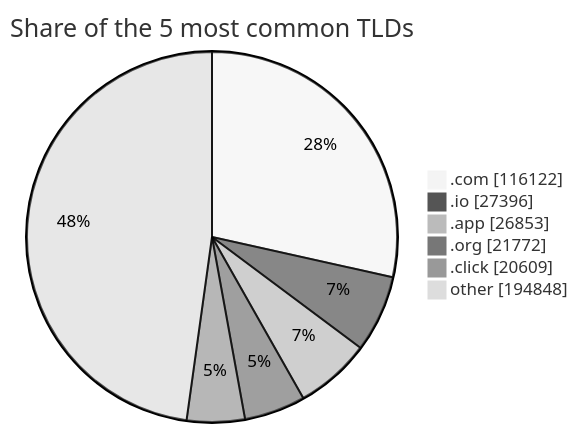
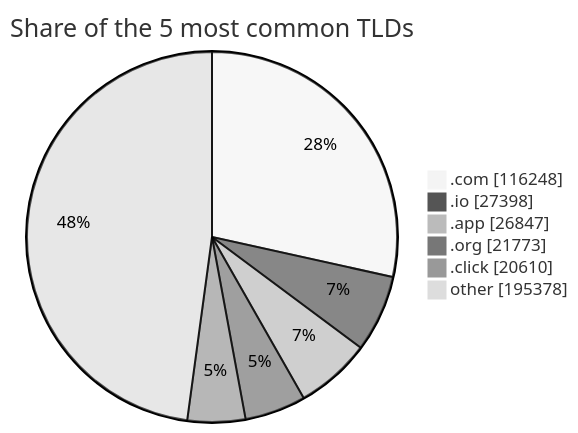
The third of 3 diagrams in README.md (DNSBunker/CTI), drawn with Mermaid (neutral theme) before and after one commit. The commit also changed other lines of this file and 3 other files, not shown here.

````diff
--- a/README.md
+++ b/README.md
@@ -81,9 +81,9 @@
 ```mermaid
 pie showData title Share of the 5 most common TLDs
-    ".com" : 116122
-    ".io" : 27396
-    ".app" : 26853
-    ".org" : 21772
-    ".click" : 20609
-    "other" : 194848
+    ".com" : 116248
+    ".io" : 27398
+    ".app" : 26847
+    ".org" : 21773
+    ".click" : 20610
+    "other" : 195378
 ```
````
